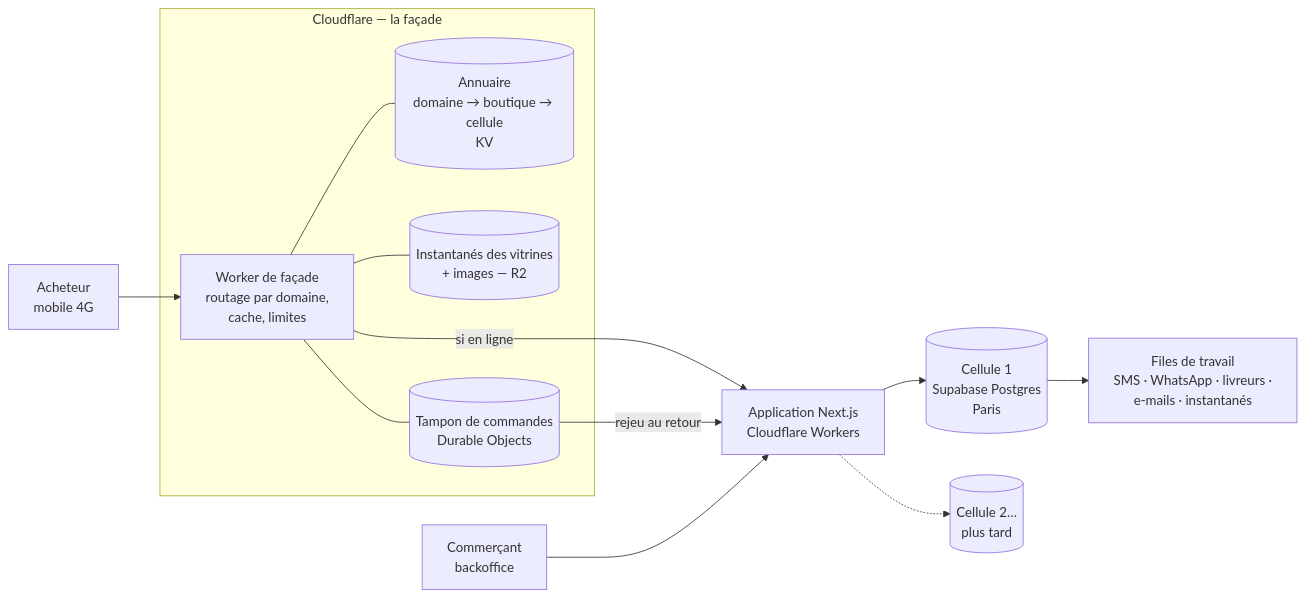
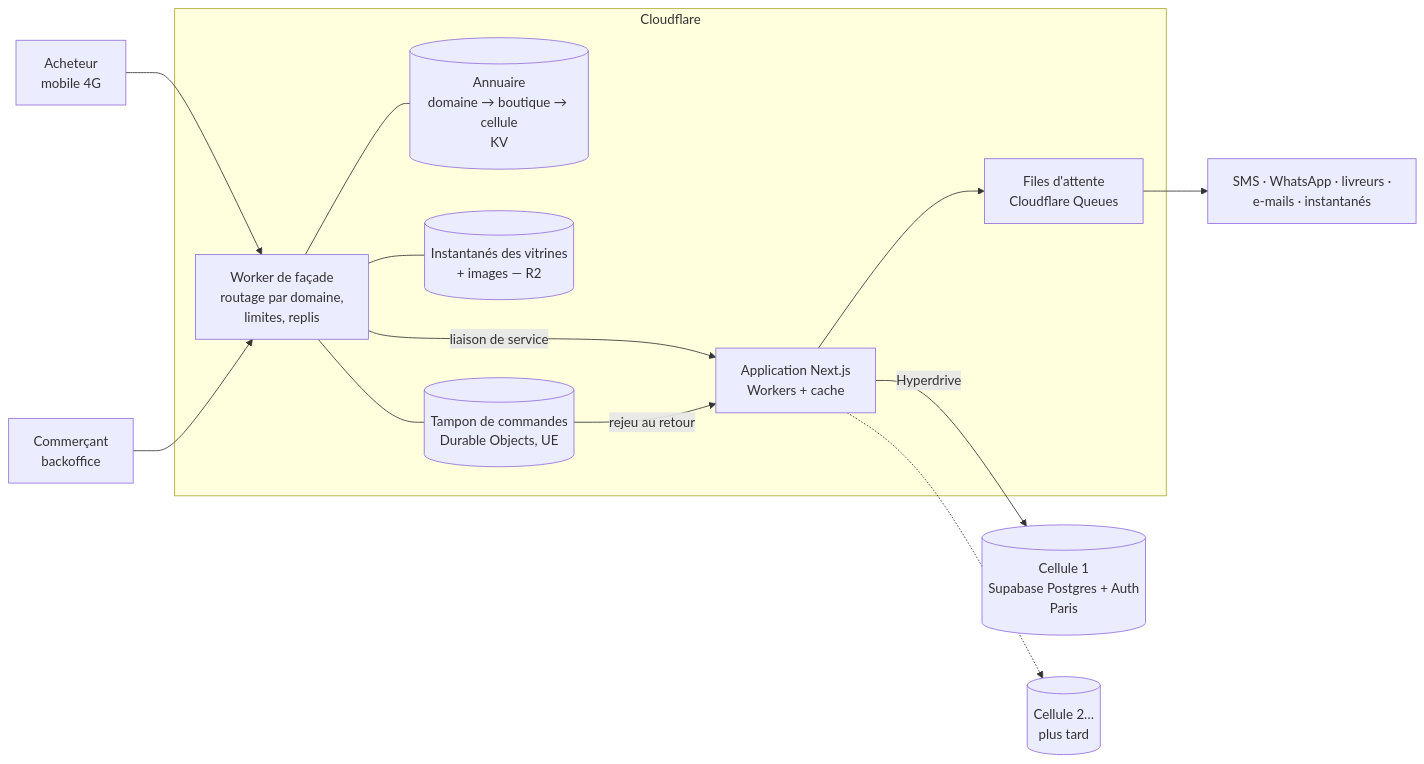
Before and after one commit to saouthq/skanecom: the diagram in docs/cadrage/02-infrastructure.md, drawn with Mermaid. The commit also changed other lines of this file and 3 other files, not shown here.

First line of the commit message:
Cadrage : vérification complète, corrections issues de la doc Cloudflare et Supabase

````diff
--- a/docs/cadrage/02-infrastructure.md
+++ b/docs/cadrage/02-infrastructure.md
@@ -90,19 +90,22 @@
 ```mermaid
 flowchart LR
   A[Acheteur<br/>mobile 4G] --> F
-  subgraph CF[Cloudflare — la façade]
-    F[Worker de façade<br/>routage par domaine,<br/>cache, limites]
+  M[Commerçant<br/>backoffice] --> F
+  subgraph CF[Cloudflare]
+    F[Worker de façade<br/>routage par domaine,<br/>limites, replis]
     K[(Annuaire<br/>domaine → boutique → cellule<br/>KV)]
     R[(Instantanés des vitrines<br/>+ images — R2)]
-    Q[(Tampon de commandes<br/>Durable Objects)]
+    Q[(Tampon de commandes<br/>Durable Objects, UE)]
+    V[Application Next.js<br/>Workers + cache]
+    W[Files d'attente<br/>Cloudflare Queues]
     F --- K
     F --- R
     F --- Q
+    F -->|liaison de service| V
+    Q -->|rejeu au retour| V
+    V --> W
   end
-  F -->|si en ligne| V[Application Next.js<br/>Cloudflare Workers]
-  V --> S1[(Cellule 1<br/>Supabase Postgres<br/>Paris)]
+  V -->|Hyperdrive| S1[(Cellule 1<br/>Supabase Postgres + Auth<br/>Paris)]
   V -.-> S2[(Cellule 2…<br/>plus tard)]
-  S1 --> O[Files de travail<br/>SMS · WhatsApp · livreurs ·<br/>e-mails · instantanés]
-  Q -->|rejeu au retour| V
-  M[Commerçant<br/>backoffice] --> V
+  W --> X[SMS · WhatsApp · livreurs ·<br/>e-mails · instantanés]
 ```
````
